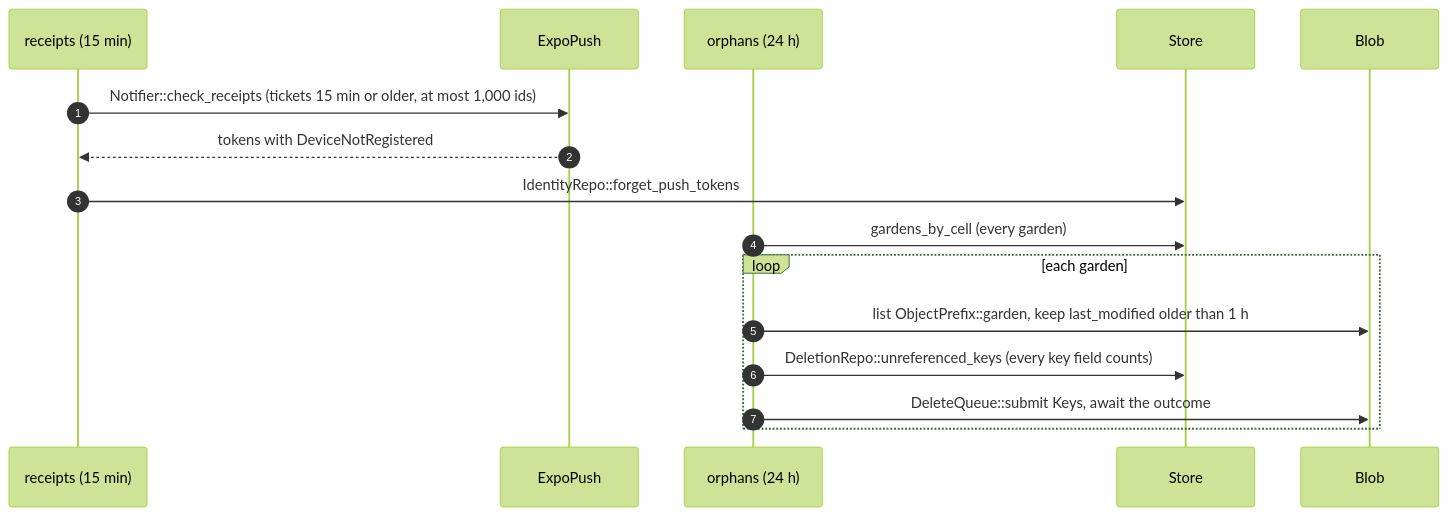
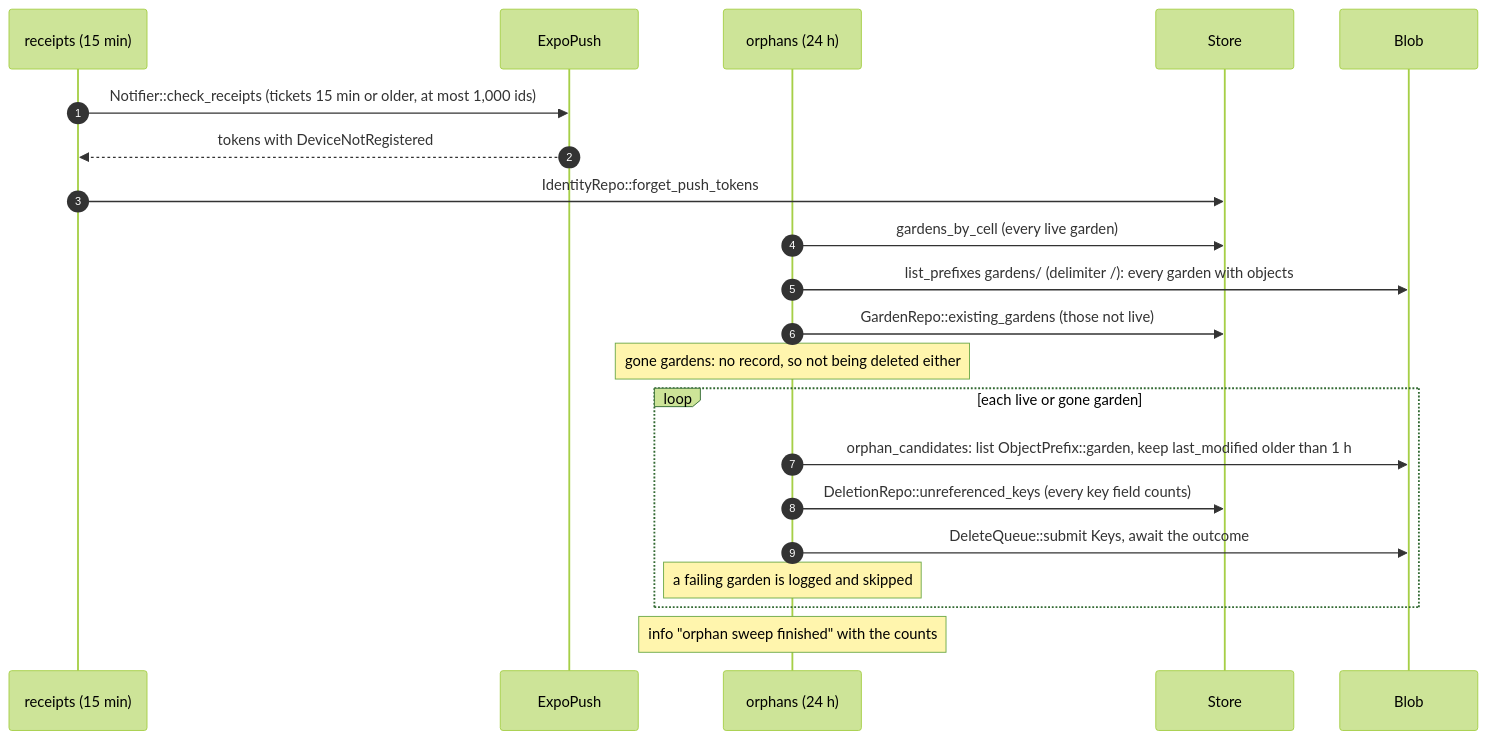
Diagram 24 of 34 in docs/backend/flows.md (aacruzgon/GreenLens), drawn with Mermaid (forest theme) before and after one commit. The commit also changed other lines of this file and 23 other files, not shown here.

First line of the commit message:
feat(api,blob,store): sweep deleted gardens' prefixes and keep the orphan sweep going

````diff
--- a/docs/backend/flows.md
+++ b/docs/backend/flows.md
@@ -1198,18 +1198,23 @@
 ```mermaid
 sequenceDiagram
     autonumber
     participant R as receipts (15 min)
     participant Expo as ExpoPush
     participant O as orphans (24 h)
     participant Store
     participant Blob
     R->>Expo: Notifier::check_receipts (tickets 15 min or older, at most 1,000 ids)
     Expo-->>R: tokens with DeviceNotRegistered
     R->>Store: IdentityRepo::forget_push_tokens
-    O->>Store: gardens_by_cell (every garden)
-    loop each garden
-        O->>Blob: list ObjectPrefix::garden, keep last_modified older than 1 h
+    O->>Store: gardens_by_cell (every live garden)
+    O->>Blob: list_prefixes gardens/ (delimiter /): every garden with objects
+    O->>Store: GardenRepo::existing_gardens (those not live)
+    Note over O: gone gardens: no record, so not being deleted either
+    loop each live or gone garden
+        O->>Blob: orphan_candidates: list ObjectPrefix::garden, keep last_modified older than 1 h
         O->>Store: DeletionRepo::unreferenced_keys (every key field counts)
         O->>Blob: DeleteQueue::submit Keys, await the outcome
+        Note over O: a failing garden is logged and skipped
     end
+    Note over O: info "orphan sweep finished" with the counts
 ```
````
